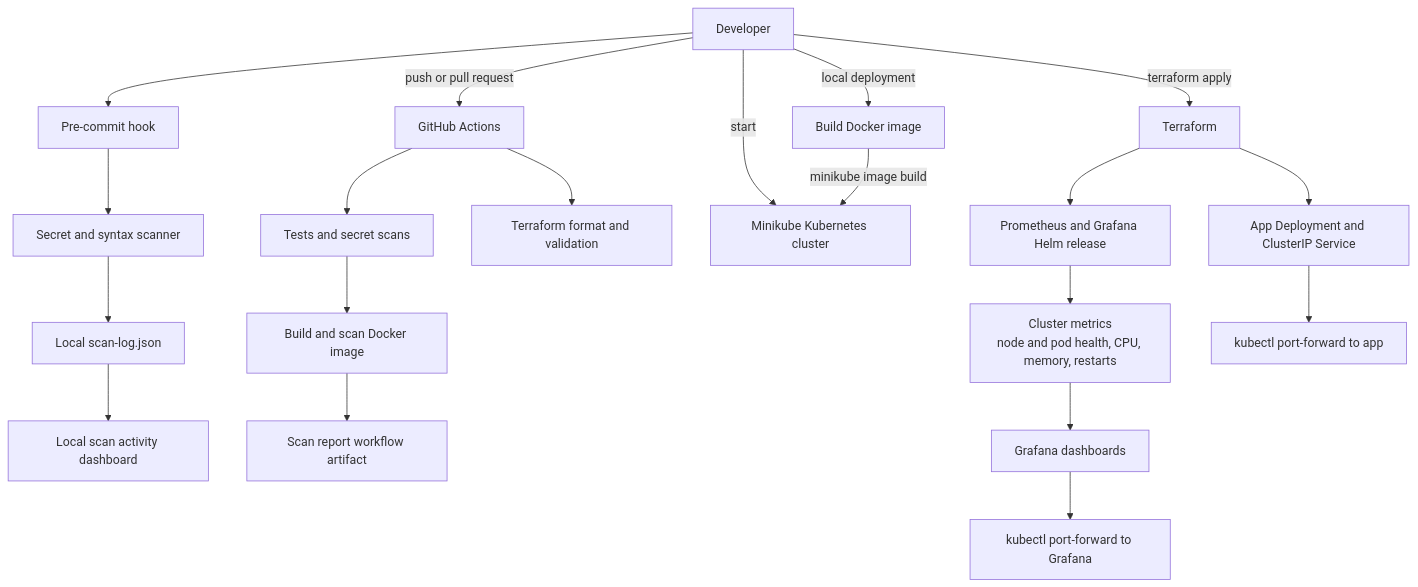
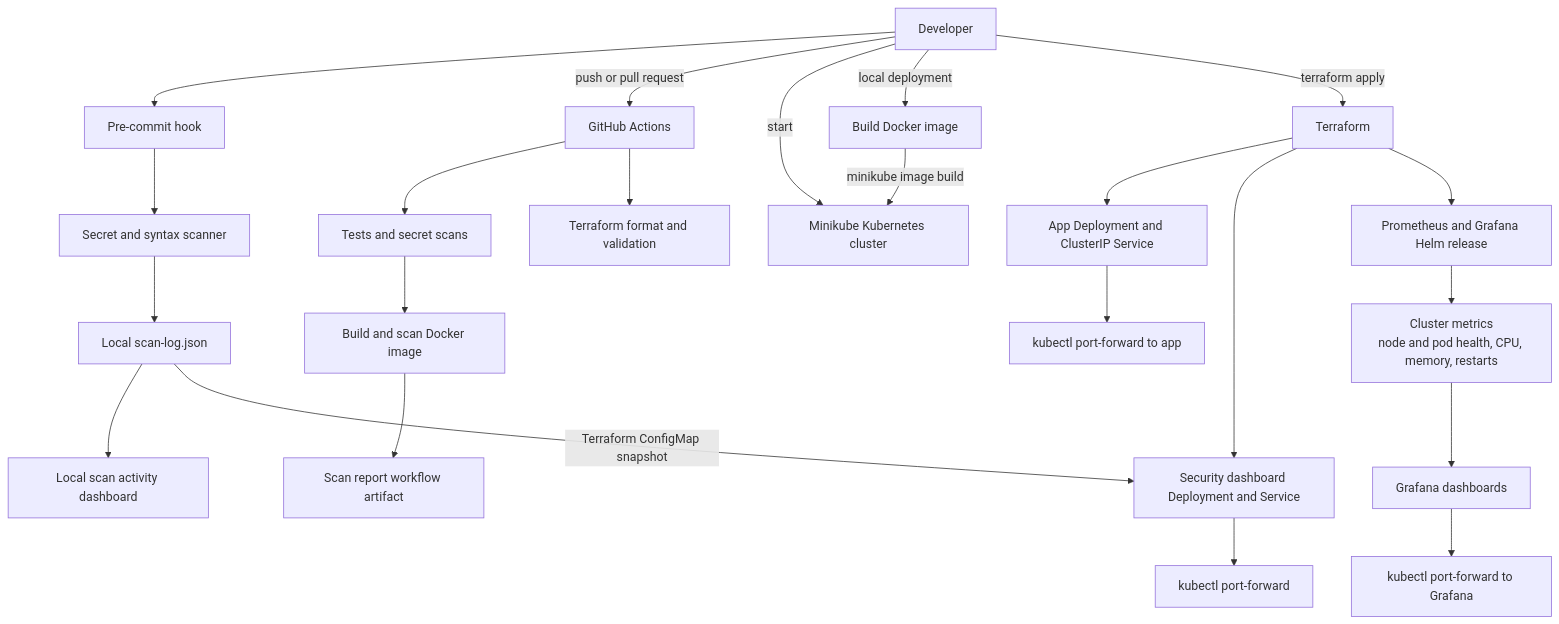
Before and after one commit to maiaiai21/githook-shield-v1: the diagram in README.md, drawn with Mermaid. The commit also changed other lines of this file and 4 other files, not shown here.

````diff
--- a/README.md
+++ b/README.md
@@ -19,24 +19,27 @@
 ```mermaid
 flowchart TD
     Dev[Developer] --> Hook[Pre-commit hook]
     Hook --> Scanner[Secret and syntax scanner]
     Scanner --> Log[Local scan-log.json]
     Log --> ScanDashboard[Local scan activity dashboard]
 
     Dev -->|push or pull request| CI[GitHub Actions]
     CI --> Tests[Tests and secret scans]
     Tests --> Build[Build and scan Docker image]
     Build --> Artifact[Scan report workflow artifact]
     CI --> TFCheck[Terraform format and validation]
 
     Dev -->|start| Cluster[Minikube Kubernetes cluster]
     Dev -->|local deployment| Image[Build Docker image]
     Image -->|minikube image build| Cluster
     Dev -->|terraform apply| TF[Terraform]
     TF --> App[App Deployment and ClusterIP Service]
+    TF --> SecurityDash[Security dashboard Deployment and Service]
+    Log -->|Terraform ConfigMap snapshot| SecurityDash
+    SecurityDash --> SecurityDashAccess[kubectl port-forward]
     TF --> Helm[Prometheus and Grafana Helm release]
     Helm --> Metrics[Cluster metrics<br/>node and pod health, CPU, memory, restarts]
     Metrics --> Grafana[Grafana dashboards]
     App --> AppAccess[kubectl port-forward to app]
     Grafana --> GrafanaAccess[kubectl port-forward to Grafana]
 ```
````
